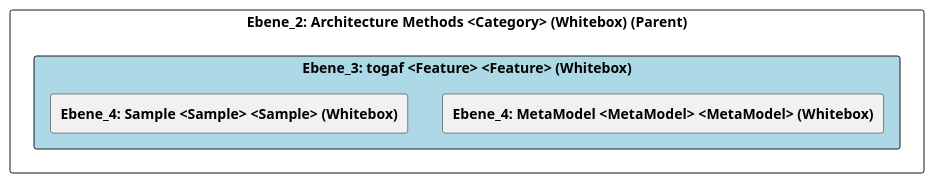
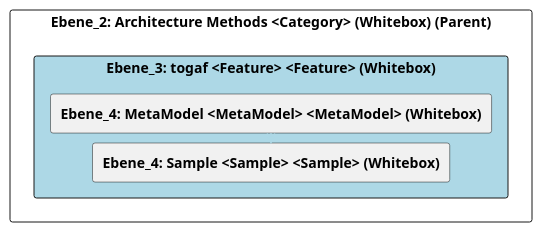
Before and after one commit to marcozwyssig/cleon: the diagram in doc/cleonproject_deliverables_architecture_model_architecture/adoc/de/05_bausteinsicht/cleon/architecture_methods/togaf/ebene_3_togaf.adoc, drawn with PlantUML. The commit also changed other lines of this file and 214 other files, not shown here.

```diff
--- a/doc/cleonproject_deliverables_architecture_model_architecture/adoc/de/05_bausteinsicht/cleon/architecture_methods/togaf/ebene_3_togaf.adoc
+++ b/doc/cleonproject_deliverables_architecture_model_architecture/adoc/de/05_bausteinsicht/cleon/architecture_methods/togaf/ebene_3_togaf.adoc
@@ -20,25 +20,28 @@
 [plantuml, Ebene_3: togaf <Feature> <Feature> (Whitebox)BlockOverview, format="svg"]
 ----
 @startuml Ebene_3: togaf <Feature> <Feature> (Whitebox)BuildingBlockOverview
 
 skinparam ranksep 10
 skinparam componentStyle rectangle
 skinparam shadowing false
 skinparam arrowColor lightblue
 skinparam arrowThickness 1.2
 skinparam rectangle {
   BackgroundColor White
   BorderColor #333
   RoundCorner 10
 }
 top to bottom direction
 
 component "Ebene_2: Architecture Methods <Category> (Whitebox) (Parent)" {
     component "Ebene_3: togaf <Feature> <Feature> (Whitebox)" #lightblue {
         [**Ebene_4: MetaModel <MetaModel> <MetaModel> (Whitebox)**] as 4A56DE40_D579_11EE_903E_9F564E4DE07E
         [**Ebene_4: Sample <Sample> <Sample> (Whitebox)**] as 4A57056B_D579_11EE_903E_9F564E4DE07E
     }
+
+    4A56DE40_D579_11EE_903E_9F564E4DE07E -down-> 4A57056B_D579_11EE_903E_9F564E4DE07E
+    
 }
 
 @enduml
 ----
```
